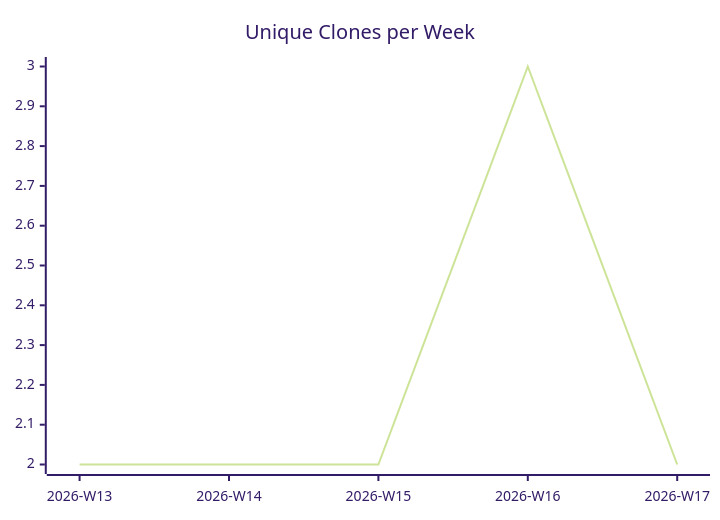
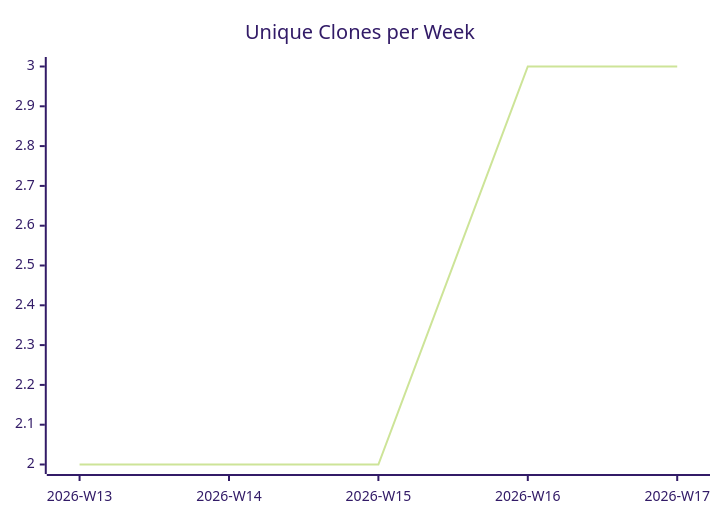
One commit to justdavis-family/github-analytics-data changed the third of 3 diagrams in karlmdavis/bbonfhir-dev-infra-docker/README.md. Above: the diagram before and after it, drawn with Mermaid (forest theme). The commit also changed other lines of this file and 197 other files, not shown here.

````diff
--- a/karlmdavis/bbonfhir-dev-infra-docker/README.md
+++ b/karlmdavis/bbonfhir-dev-infra-docker/README.md
@@ -19,6 +19,6 @@
 ```mermaid
 xychart-beta
   title "Unique Clones per Week"
   x-axis ["2026-W13", "2026-W14", "2026-W15", "2026-W16", "2026-W17"]
-  line [2, 2, 2, 3, 2]
+  line [2, 2, 2, 3, 3]
 ```
````
